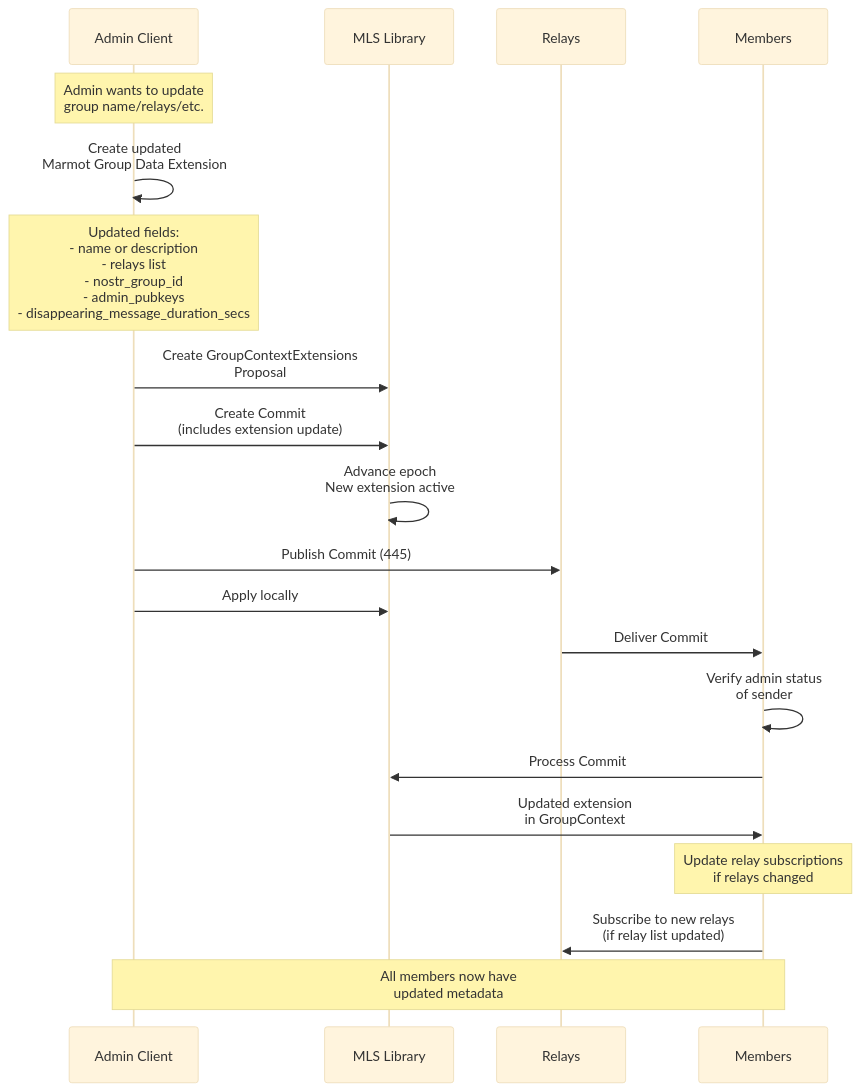
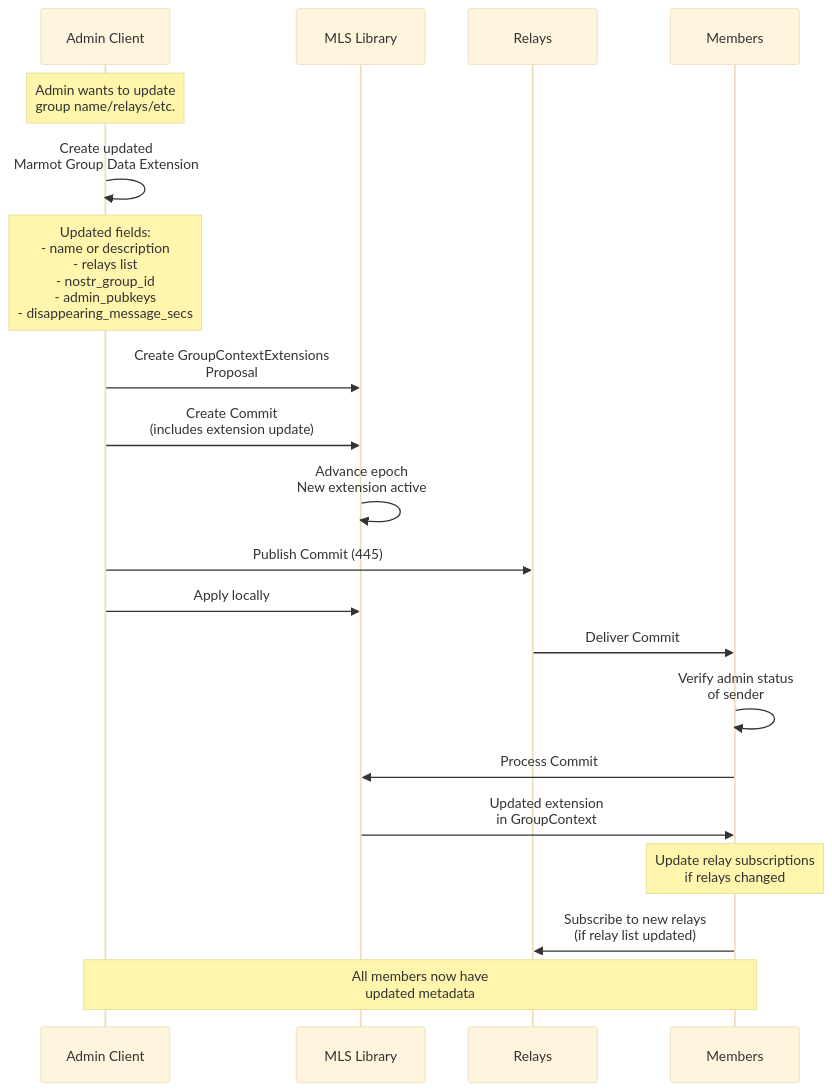
The seventh of 10 diagrams in data_flows.md (parres-hq/marmot), drawn with Mermaid (base theme) before and after one commit. The commit also changed other lines of this file and 3 other files, not shown here.

````diff
--- a/data_flows.md
+++ b/data_flows.md
@@ -426,37 +426,37 @@
 ```mermaid
 sequenceDiagram
     participant A as Admin Client
     participant MLS as MLS Library
     participant R as Relays
     participant M as Members
 
     Note over A: Admin wants to update<br/>group name/relays/etc.
 
     A->>A: Create updated<br/>Marmot Group Data Extension
 
-    Note over A: Updated fields:<br/>- name or description<br/>- relays list<br/>- nostr_group_id<br/>- admin_pubkeys<br/>- disappearing_message_duration_secs
+    Note over A: Updated fields:<br/>- name or description<br/>- relays list<br/>- nostr_group_id<br/>- admin_pubkeys<br/>- disappearing_message_secs
 
     A->>MLS: Create GroupContextExtensions<br/>Proposal
 
     A->>MLS: Create Commit<br/>(includes extension update)
 
     MLS->>MLS: Advance epoch<br/>New extension active
 
     A->>R: Publish Commit (445)
 
     A->>MLS: Apply locally
 
     R->>M: Deliver Commit
 
     M->>M: Verify admin status<br/>of sender
 
     M->>MLS: Process Commit
 
     MLS->>M: Updated extension<br/>in GroupContext
 
     Note over M: Update relay subscriptions<br/>if relays changed
 
     M->>R: Subscribe to new relays<br/>(if relay list updated)
 
     Note over A,M: All members now have<br/>updated metadata
 ```
````
